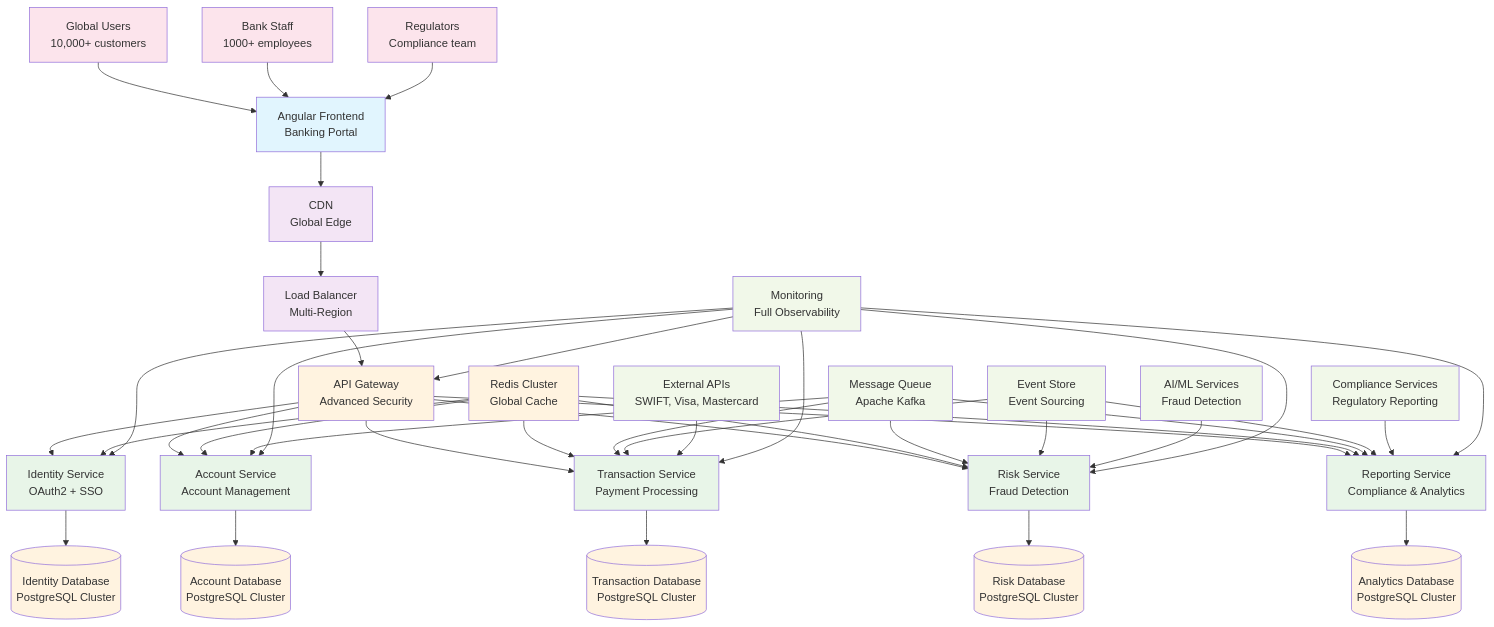
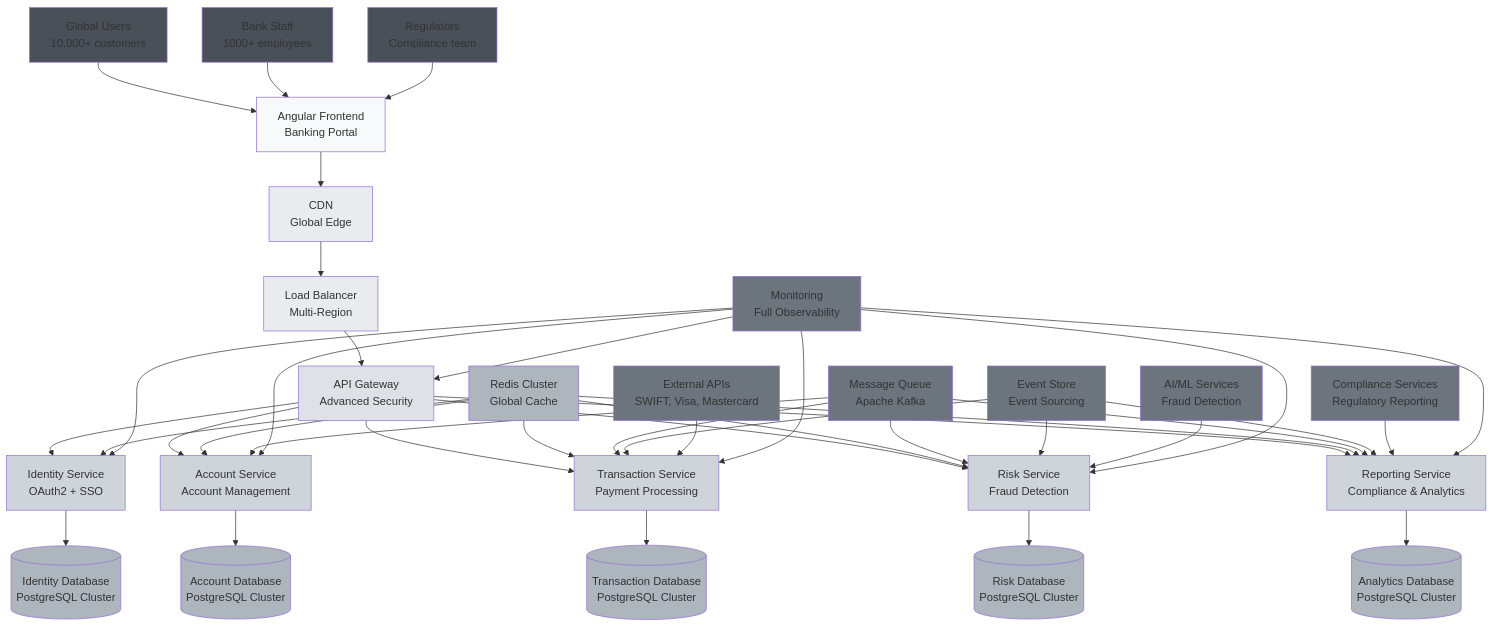
The fifth of 5 diagrams in architecture-by-size-examples.md (nayanvithanage/code_20-architecture-practice), drawn with Mermaid before and after one commit. The commit also changed other lines of this file, not shown here.

Commit message:
refactor: update color styles in architecture-by-size examples for improved readability

````diff
--- a/architecture-by-size-examples.md
+++ b/architecture-by-size-examples.md
@@ -218,73 +218,73 @@
 ```mermaid
 graph TD
     A[Angular Frontend<br/>Banking Portal] --> B[CDN<br/>Global Edge]
     B --> C[Load Balancer<br/>Multi-Region]
     C --> D[API Gateway<br/>Advanced Security]
     
     D --> E[Identity Service<br/>OAuth2 + SSO]
     D --> F[Account Service<br/>Account Management]
     D --> G[Transaction Service<br/>Payment Processing]
     D --> H[Risk Service<br/>Fraud Detection]
     D --> I[Reporting Service<br/>Compliance & Analytics]
     
     E --> J[(Identity Database<br/>PostgreSQL Cluster)]
     F --> K[(Account Database<br/>PostgreSQL Cluster)]
     G --> L[(Transaction Database<br/>PostgreSQL Cluster)]
     H --> M[(Risk Database<br/>PostgreSQL Cluster)]
     I --> N[(Analytics Database<br/>PostgreSQL Cluster)]
     
     O[Redis Cluster<br/>Global Cache] --> E
     O --> F
     O --> G
     O --> H
     O --> I
     
     P[Message Queue<br/>Apache Kafka] --> F
     P --> G
     P --> H
     P --> I
     
     Q[Event Store<br/>Event Sourcing] --> G
     Q --> H
     Q --> I
     
     R[External APIs<br/>SWIFT, Visa, Mastercard] --> G
     S[AI/ML Services<br/>Fraud Detection] --> H
     T[Compliance Services<br/>Regulatory Reporting] --> I
     
     U[Monitoring<br/>Full Observability] --> D
     U --> E
     U --> F
     U --> G
     U --> H
     U --> I
     
     V[Global Users<br/>10,000+ customers] --> A
     W[Bank Staff<br/>1000+ employees] --> A
     X[Regulators<br/>Compliance team] --> A
     
-    style A fill:#e1f5fe
-    style B fill:#f3e5f5
-    style C fill:#f3e5f5
-    style D fill:#fff3e0
-    style E fill:#e8f5e8
-    style F fill:#e8f5e8
-    style G fill:#e8f5e8
-    style H fill:#e8f5e8
-    style I fill:#e8f5e8
-    style J fill:#fff3e0
-    style K fill:#fff3e0
-    style L fill:#fff3e0
-    style M fill:#fff3e0
-    style N fill:#fff3e0
-    style O fill:#fff3e0
-    style P fill:#f1f8e9
-    style Q fill:#f1f8e9
-    style R fill:#f1f8e9
-    style S fill:#f1f8e9
-    style T fill:#f1f8e9
-    style U fill:#f1f8e9
-    style V fill:#fce4ec
-    style W fill:#fce4ec
-    style X fill:#fce4ec
+    style A fill:#f8f9fa
+    style B fill:#e9ecef
+    style C fill:#e9ecef
+    style D fill:#dee2e6
+    style E fill:#ced4da
+    style F fill:#ced4da
+    style G fill:#ced4da
+    style H fill:#ced4da
+    style I fill:#ced4da
+    style J fill:#adb5bd
+    style K fill:#adb5bd
+    style L fill:#adb5bd
+    style M fill:#adb5bd
+    style N fill:#adb5bd
+    style O fill:#adb5bd
+    style P fill:#6c757d
+    style Q fill:#6c757d
+    style R fill:#6c757d
+    style S fill:#6c757d
+    style T fill:#6c757d
+    style U fill:#6c757d
+    style V fill:#495057
+    style W fill:#495057
+    style X fill:#495057
 ```
````
